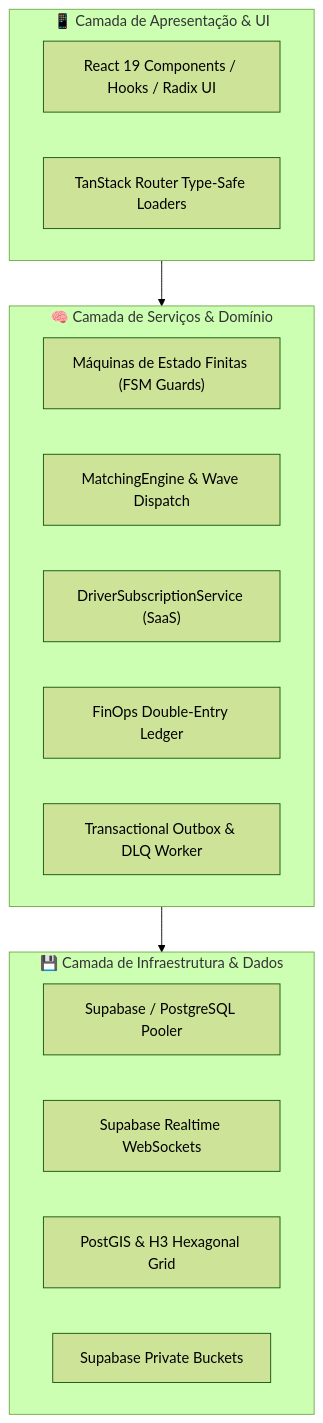
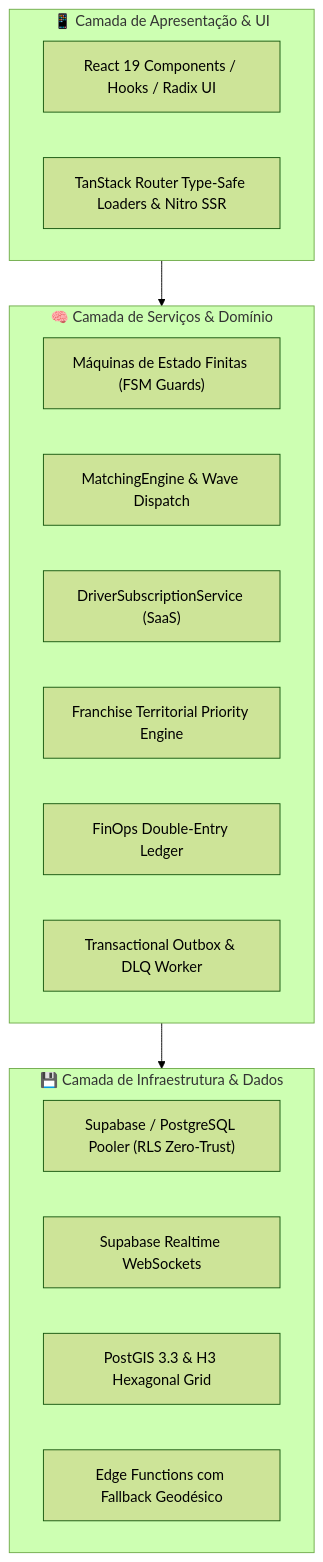
The first of 3 diagrams in documentacao/05_ARQUITETURA_DE_SOFTWARE_E_ENGENHARIA.md (RG-Thec/Partiu), drawn with Mermaid (forest theme) before and after one commit. The commit also changed other lines of this file and 18 other files, not shown here.

````diff
--- a/documentacao/05_ARQUITETURA_DE_SOFTWARE_E_ENGENHARIA.md
+++ b/documentacao/05_ARQUITETURA_DE_SOFTWARE_E_ENGENHARIA.md
@@ -9,25 +9,26 @@
 ```mermaid
 flowchart TD
     subgraph CamadaAplicacao ["📱 Camada de Apresentação & UI"]
         UI["React 19 Components / Hooks / Radix UI"]
-        Router["TanStack Router Type-Safe Loaders"]
+        Router["TanStack Router Type-Safe Loaders & Nitro SSR"]
     end
 
     subgraph CamadaServicos ["🧠 Camada de Serviços & Domínio"]
         FSM["Máquinas de Estado Finitas (FSM Guards)"]
         Matching["MatchingEngine & Wave Dispatch"]
         Subscription["DriverSubscriptionService (SaaS)"]
+        Franchise["Franchise Territorial Priority Engine"]
         Ledger["FinOps Double-Entry Ledger"]
         Outbox["Transactional Outbox & DLQ Worker"]
     end
 
     subgraph CamadaInfra ["💾 Camada de Infraestrutura & Dados"]
-        PostgresClient["Supabase / PostgreSQL Pooler"]
+        PostgresClient["Supabase / PostgreSQL Pooler (RLS Zero-Trust)"]
         RealtimePubSub["Supabase Realtime WebSockets"]
-        SpatialExt["PostGIS & H3 Hexagonal Grid"]
-        StorageEngine["Supabase Private Buckets"]
+        SpatialExt["PostGIS 3.3 & H3 Hexagonal Grid"]
+        EdgeFunc["Edge Functions com Fallback Geodésico"]
     end
 
     CamadaAplicacao --> CamadaServicos
     CamadaServicos --> CamadaInfra
 ```
````
